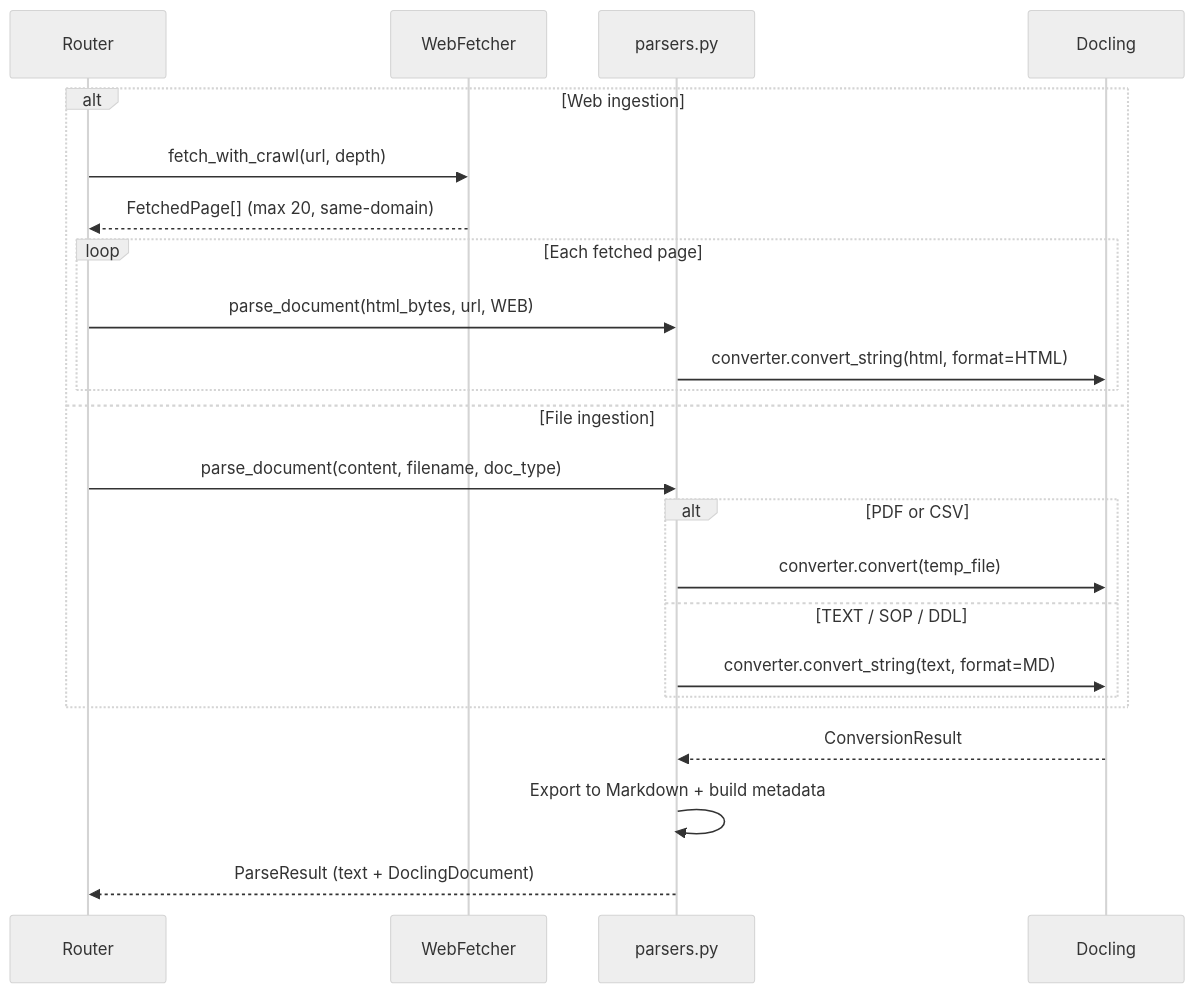
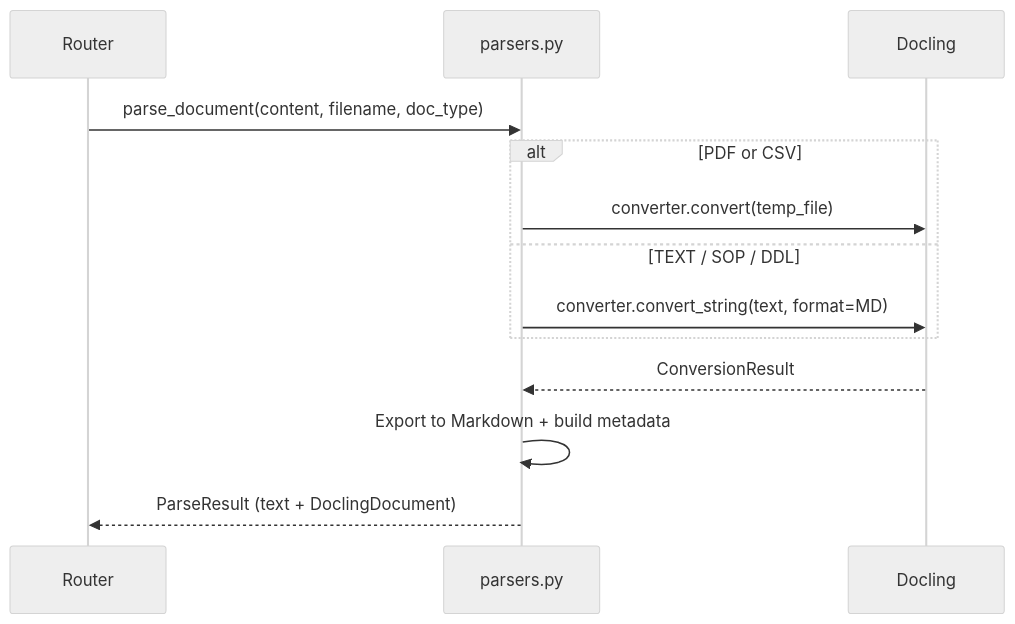
The first of 7 diagrams in docs/ingestion-pipeline.md (rashwin88/trident-demo), drawn with Mermaid (neutral theme) before and after one commit. The commit also changed other lines of this file and 16 other files, not shown here.

````diff
--- a/docs/ingestion-pipeline.md
+++ b/docs/ingestion-pipeline.md
@@ -50,26 +33,16 @@
 ```mermaid
 sequenceDiagram
     participant R as Router
-    participant WF as WebFetcher
     participant P as parsers.py
     participant D as Docling
 
-    alt Web ingestion
-        R->>WF: fetch_with_crawl(url, depth)
-        WF-->>R: FetchedPage[] (max 20, same-domain)
-        loop Each fetched page
-            R->>P: parse_document(html_bytes, url, WEB)
-            P->>D: converter.convert_string(html, format=HTML)
-        end
-    else File ingestion
-        R->>P: parse_document(content, filename, doc_type)
-        alt PDF or CSV
-            P->>D: converter.convert(temp_file)
-        else TEXT / SOP / DDL
-            P->>D: converter.convert_string(text, format=MD)
-        end
+    R->>P: parse_document(content, filename, doc_type)
+    alt PDF or CSV
+        P->>D: converter.convert(temp_file)
+    else TEXT / SOP / DDL
+        P->>D: converter.convert_string(text, format=MD)
     end
     D-->>P: ConversionResult
     P->>P: Export to Markdown + build metadata
     P-->>R: ParseResult (text + DoclingDocument)
 ```
````
